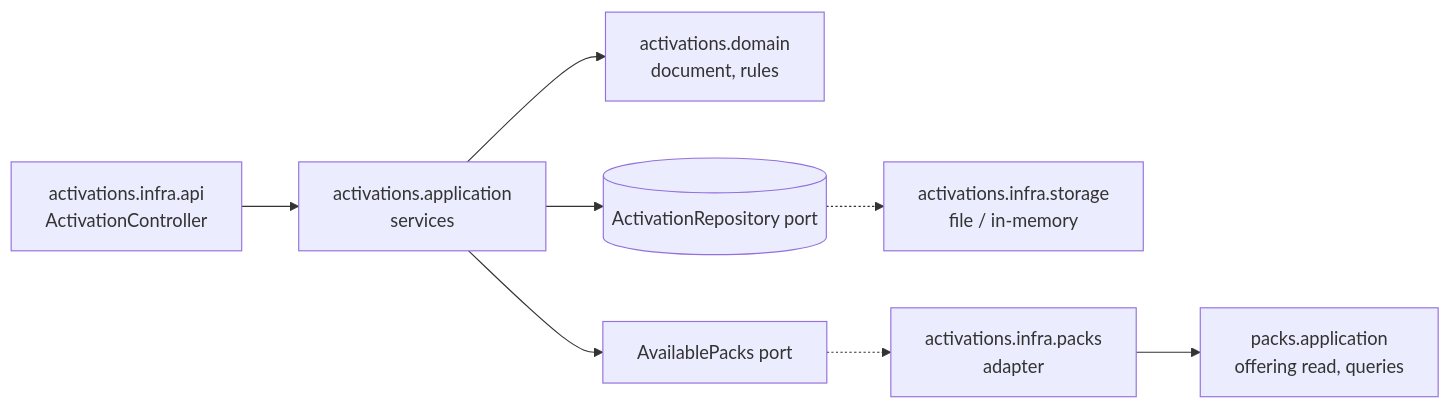
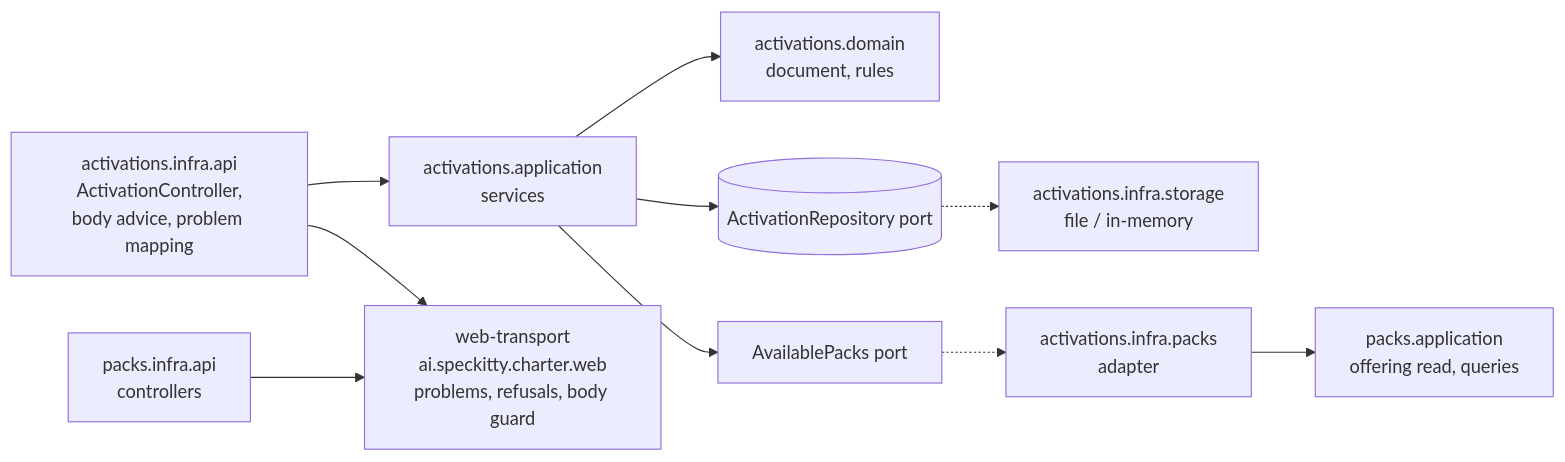
Before and after one commit to spec-kitty/spec-kitty-charter: the third of 3 diagrams in docs/architecture/offering-and-activation.md, drawn with Mermaid. The commit also changed other lines of this file and 69 other files, not shown here.

First line of the commit message:
feat(WP16): shared web-transport module and bounded architecture

````diff
--- a/docs/architecture/offering-and-activation.md
+++ b/docs/architecture/offering-and-activation.md
@@ -234,10 +238,12 @@
 ```mermaid
 flowchart LR
-  API[activations.infra.api<br/>ActivationController] --> APP[activations.application<br/>services]
+  API[activations.infra.api<br/>ActivationController,<br/>body advice, problem mapping] --> APP[activations.application<br/>services]
+  API --> WEB[web-transport<br/>ai.speckitty.charter.web<br/>problems, refusals, body guard]
+  PAPI[packs.infra.api<br/>controllers] --> WEB
   APP --> DOM[activations.domain<br/>document, rules]
   APP --> REPO[(ActivationRepository port)]
   APP --> AV[AvailablePacks port]
   REPO -.-> FS[activations.infra.storage<br/>file / in-memory]
   AV -.-> PA[activations.infra.packs<br/>adapter]
   PA --> PK[packs.application<br/>offering read, queries]
 ```
````
